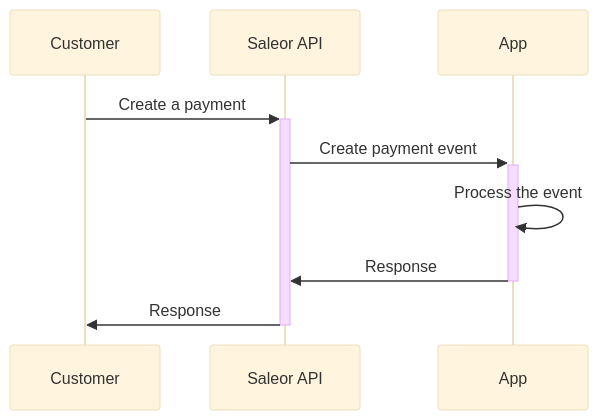
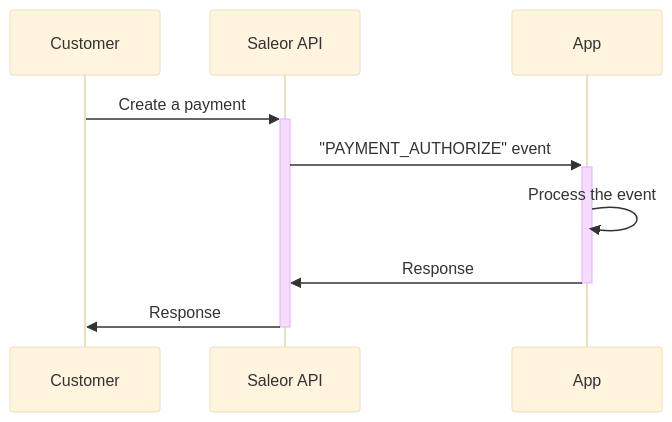
One commit to saleor/saleor-docs changed the third of 5 diagrams in docs/developer/extending/apps/architecture/communication-between-app-and-saleor.mdx. Above: the diagram before and after it, drawn with Mermaid (base theme). The commit also changed other lines of this file, not shown here.

````diff
--- a/docs/developer/extending/apps/architecture/communication-between-app-and-saleor.mdx
+++ b/docs/developer/extending/apps/architecture/communication-between-app-and-saleor.mdx
@@ -73,13 +74,13 @@
 ```mermaid
 sequenceDiagram
     participant c as Customer
     participant s as Saleor API
     participant a as App
 
 
     c ->>+ s: Create a payment
-    s ->>+ a: Create payment event
+    s ->>+ a: "PAYMENT_AUTHORIZE" event
     a ->> a: Process the event
     a ->>- s: Response
     s ->>- c: Response
 ```
````
